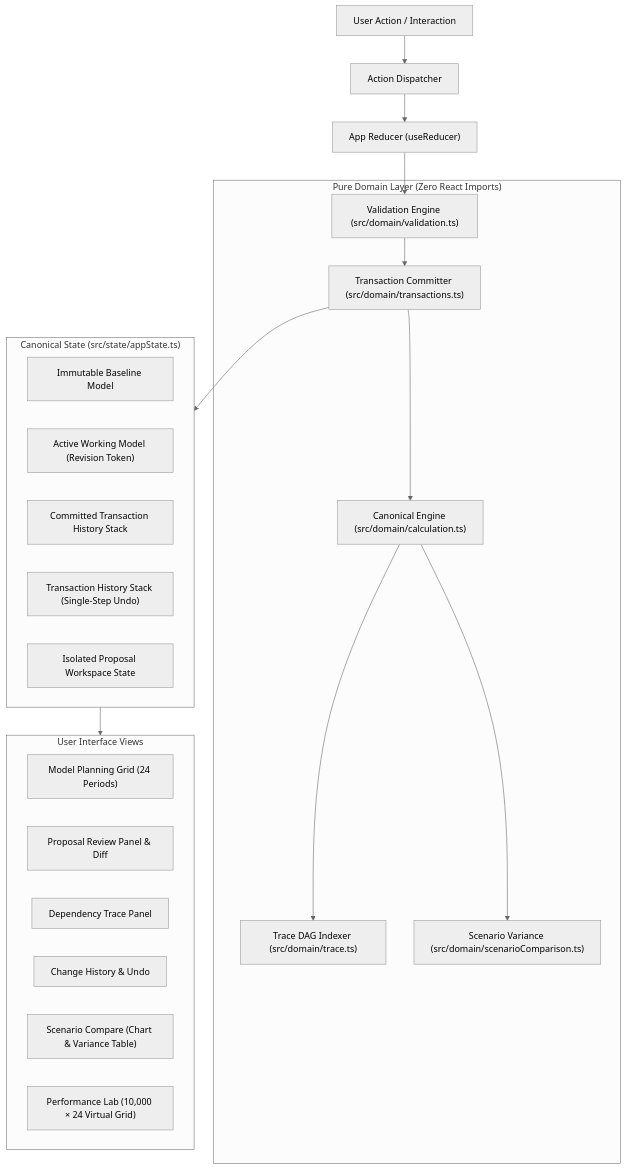
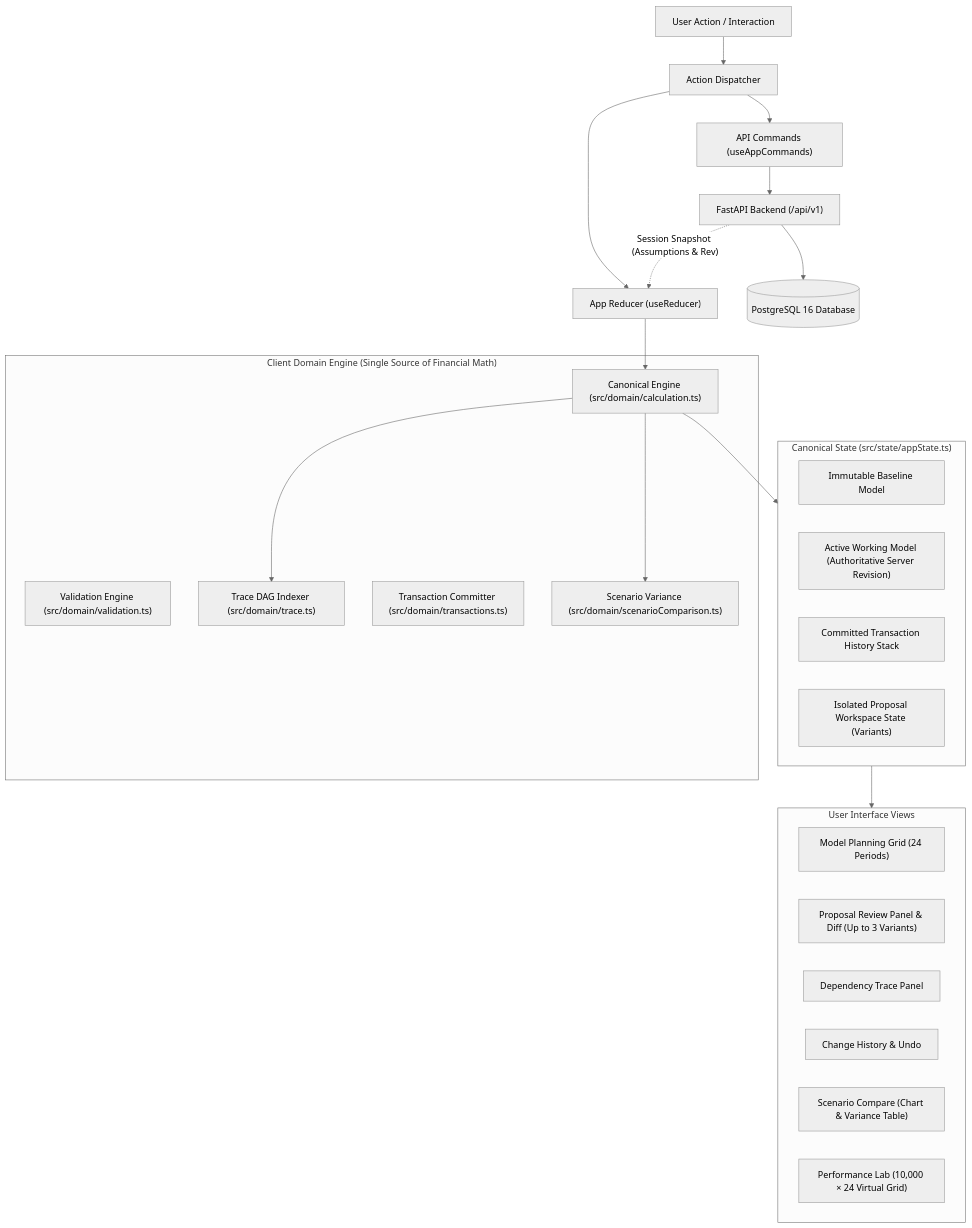
One commit to Satjeet2005/model-change-review-lab changed the first of 2 diagrams in README.md. Above: the diagram before and after it, drawn with Mermaid (neutral theme). The commit also changed other lines of this file and 74 other files, not shown here.

Commit message:
release: Model Change Review Lab v1.0.0 full-stack release

````diff
--- a/README.md
+++ b/README.md
@@ -29,39 +37,40 @@
 ```mermaid
 flowchart TD
     UserAction["User Action / Interaction"] --> Dispatch["Action Dispatcher"]
     Dispatch --> Reducer["App Reducer (useReducer)"]
+    Dispatch --> ApiCommands["API Commands (useAppCommands)"]
+    ApiCommands --> FastAPI["FastAPI Backend (/api/v1)"]
+    FastAPI --> Postgres[("PostgreSQL 16 Database")]
 
-    subgraph DomainLayer["Pure Domain Layer (Zero React Imports)"]
+    subgraph DomainLayer["Client Domain Engine (Single Source of Financial Math)"]
         Validation["Validation Engine (src/domain/validation.ts)"]
         Calculation["Canonical Engine (src/domain/calculation.ts)"]
         TraceDAG["Trace DAG Indexer (src/domain/trace.ts)"]
         Transactions["Transaction Committer (src/domain/transactions.ts)"]
         Comparison["Scenario Variance (src/domain/scenarioComparison.ts)"]
     end
 
-    Reducer --> Validation
-    Validation --> Transactions
-    Transactions --> Calculation
+    FastAPI -.->|"Session Snapshot (Assumptions & Rev)"| Reducer
+    Reducer --> Calculation
     Calculation --> TraceDAG
     Calculation --> Comparison
 
     subgraph StateTree["Canonical State (src/state/appState.ts)"]
         BaselineModel["Immutable Baseline Model"]
-        WorkingModel["Active Working Model (Revision Token)"]
+        WorkingModel["Active Working Model (Authoritative Server Revision)"]
         ChangeHistory["Committed Transaction History Stack"]
-        UndoSnapshot["Transaction History Stack (Single-Step Undo)"]
-        ProposalState["Isolated Proposal Workspace State"]
+        ProposalState["Isolated Proposal Workspace State (Variants)"]
     end
 
-    Transactions --> StateTree
+    Calculation --> StateTree
     StateTree --> UIViews["React UI Shell & Pages"]
 
     subgraph UIViews["User Interface Views"]
         ModelGrid["Model Planning Grid (24 Periods)"]
-        ProposalReview["Proposal Review Panel & Diff"]
+        ProposalReview["Proposal Review Panel & Diff (Up to 3 Variants)"]
         TracePanel["Dependency Trace Panel"]
         HistoryPanel["Change History & Undo"]
         ScenarioPage["Scenario Compare (Chart & Variance Table)"]
         PerfLab["Performance Lab (10,000 × 24 Virtual Grid)"]
     end
 ```
````
